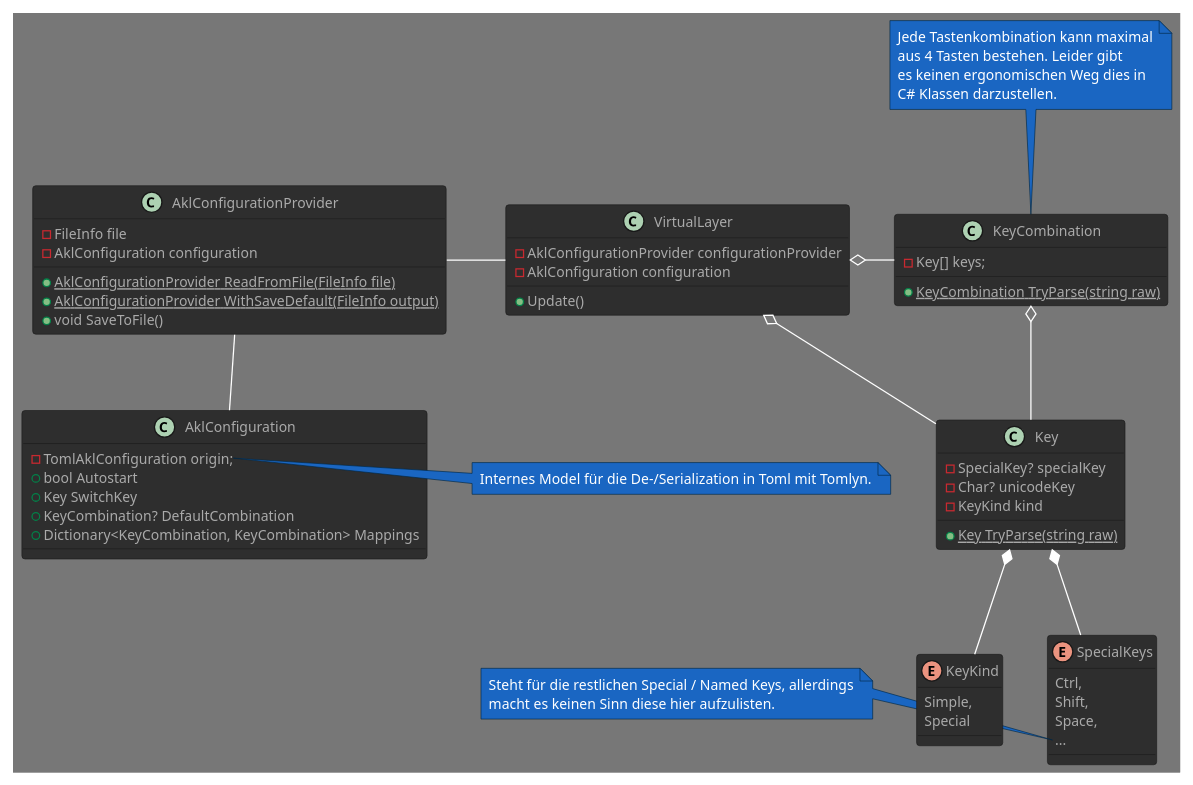
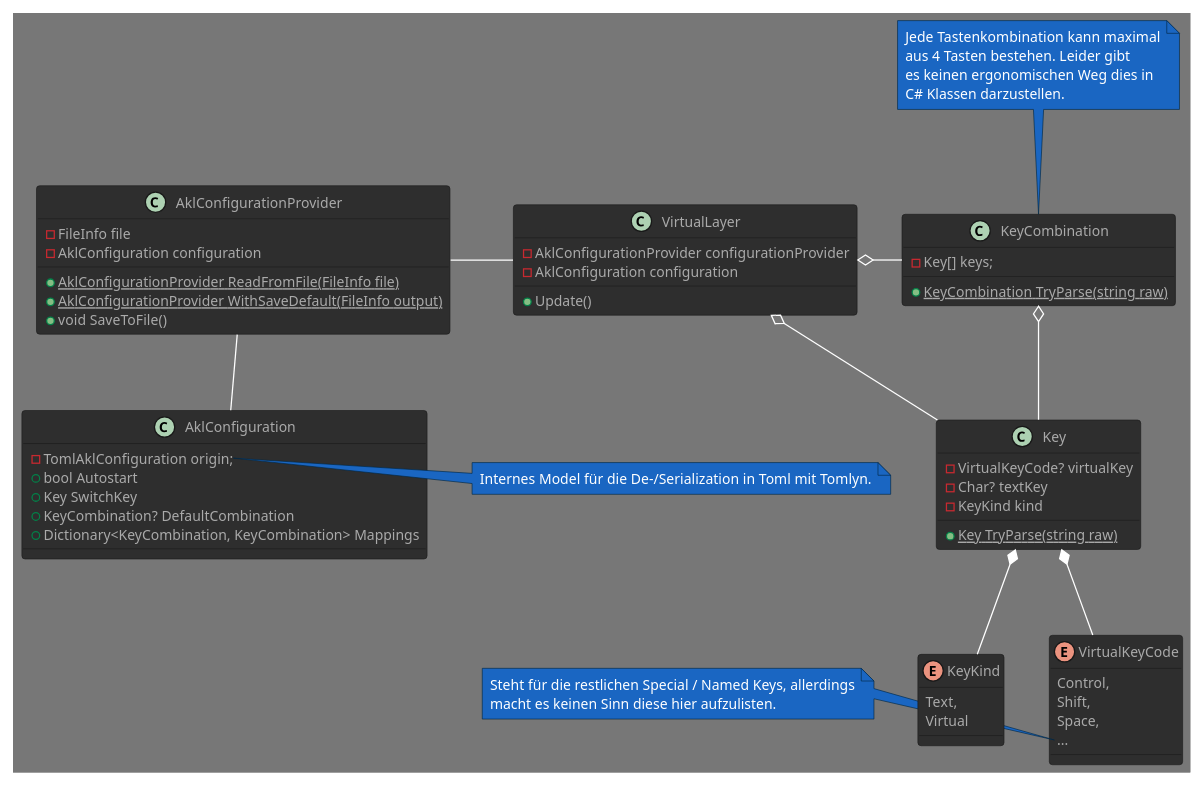
The first of 2 diagrams in README.adoc (marchaen/another-keyboard-layer), drawn with PlantUML before and after one commit. The commit also changed 4 other files, not shown here.

Commit message:
Add virtual key code definitions and parsing

```diff
--- a/README.adoc
+++ b/README.adoc
@@ -99,81 +99,81 @@
 [plantuml, target="common-api-definition", format=svg]
 ....
 @startuml
 !theme reddress-darkblue
 
-enum SpecialKeys {
-    Ctrl,
+enum VirtualKeyCode {
+    Control,
     Shift,
     Space,
     ...
 }
 
-note left of SpecialKeys::...
+note left of VirtualKeyCode::...
 Steht für die restlichen Special / Named Keys, allerdings
 macht es keinen Sinn diese hier aufzulisten.
 end note
 
 enum KeyKind {
-    Simple,
-    Special
+    Text,
+    Virtual
 }
 
 class Key {
-    {field} -SpecialKey? specialKey
-    {field} -Char? unicodeKey
+    {field} -VirtualKeyCode? virtualKey
+    {field} -Char? textKey
     {field} -KeyKind kind
     {static} {method} +Key TryParse(string raw)
 }
 
-Key *-- SpecialKeys
+Key *-- VirtualKeyCode
 Key *-- KeyKind
 
 class KeyCombination {
     {field} -Key[] keys;
     {static} {method} +KeyCombination TryParse(string raw)
 }
 
 note top of KeyCombination
 Jede Tastenkombination kann maximal
 aus 4 Tasten bestehen. Leider gibt
 es keinen ergonomischen Weg dies in
 C# Klassen darzustellen.
 end note
 
 KeyCombination o-- Key
 
 class VirtualLayer {
     {field} -AklConfigurationProvider configurationProvider
     {field} -AklConfiguration configuration
     {method} +Update()
 }
 
 VirtualLayer o- KeyCombination
 VirtualLayer o- Key
 
 class AklConfigurationProvider {
     {field} -FileInfo file
     {field} -AklConfiguration configuration
     {static} {method} +AklConfigurationProvider ReadFromFile(FileInfo file)
     {static} {method} +AklConfigurationProvider WithSaveDefault(FileInfo output)
     {method} +void SaveToFile()
 }
 
 AklConfigurationProvider - VirtualLayer
 
 class AklConfiguration {
     {field} -TomlAklConfiguration origin;
     {field} +bool Autostart
     {field} +Key SwitchKey
     {field} +KeyCombination? DefaultCombination
     {field} +Dictionary<KeyCombination, KeyCombination> Mappings
 }
 
 note left of AklConfiguration::TomlAklConfiguration
 Internes Model für die De-/Serialization in Toml mit Tomlyn.
 end note
 
 AklConfigurationProvider -- AklConfiguration
 
 @enduml
 ....
```
